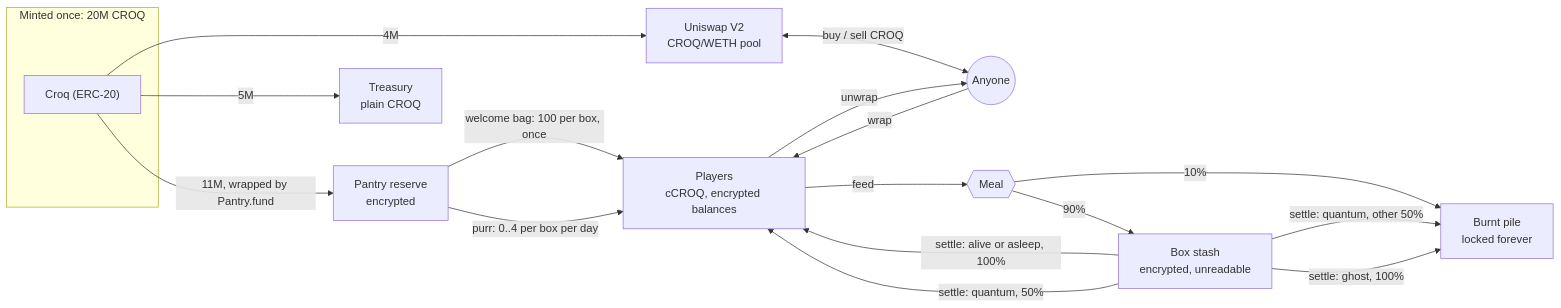
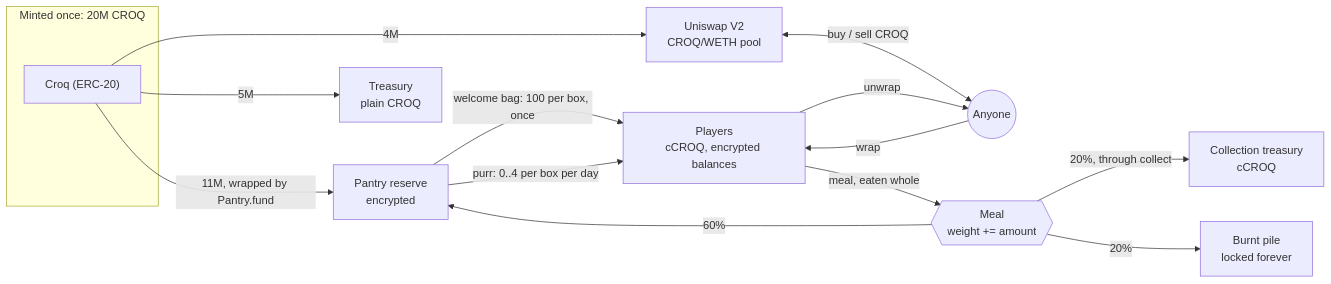
One commit to jecombe/do_not_open changed the first of 6 diagrams in docs/CROQ.md. Above: the diagram before and after it, drawn with Mermaid. The commit also changed other lines of this file and 52 other files, not shown here.

````diff
--- a/docs/CROQ.md
+++ b/docs/CROQ.md
@@ -57,24 +68,20 @@
 ```mermaid
 flowchart LR
   subgraph mint["Minted once: 20M CROQ"]
     croq["Croq (ERC-20)"]
   end
   croq -- "11M, wrapped by Pantry.fund" --> reserve["Pantry reserve<br/>encrypted"]
   croq -- "4M" --> pool["Uniswap V2<br/>CROQ/WETH pool"]
   croq -- "5M" --> treasury["Treasury<br/>plain CROQ"]
 
   reserve -- "welcome bag: 100 per box, once" --> players["Players<br/>cCROQ, encrypted balances"]
   reserve -- "purr: 0..4 per box per day" --> players
   pool <-- "buy / sell CROQ" --> market(("Anyone"))
   market -- "wrap" --> players
   players -- "unwrap" --> market
 
-  players -- "feed" --> meal{{"Meal"}}
-  meal -- "90%" --> stash["Box stash<br/>encrypted, unreadable"]
-  meal -- "10%" --> burnt["Burnt pile<br/>locked forever"]
-
-  stash -- "settle: alive or asleep, 100%" --> players
-  stash -- "settle: quantum, 50%" --> players
-  stash -- "settle: quantum, other 50%" --> burnt
-  stash -- "settle: ghost, 100%" --> burnt
+  players -- "meal, eaten whole" --> meal{{"Meal<br/>weight += amount"}}
+  meal -- "60%" --> reserve
+  meal -- "20%, through collect" --> owner["Collection treasury<br/>cCROQ"]
+  meal -- "20%" --> burnt["Burnt pile<br/>locked forever"]
 ```
````
